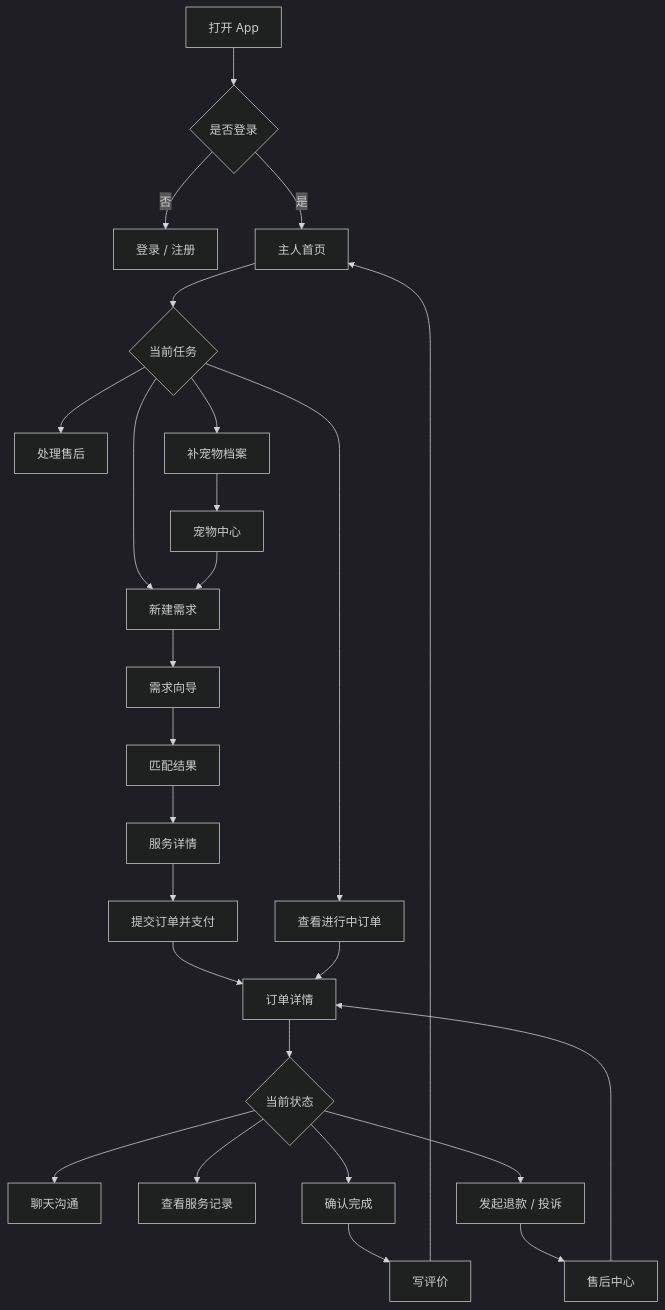
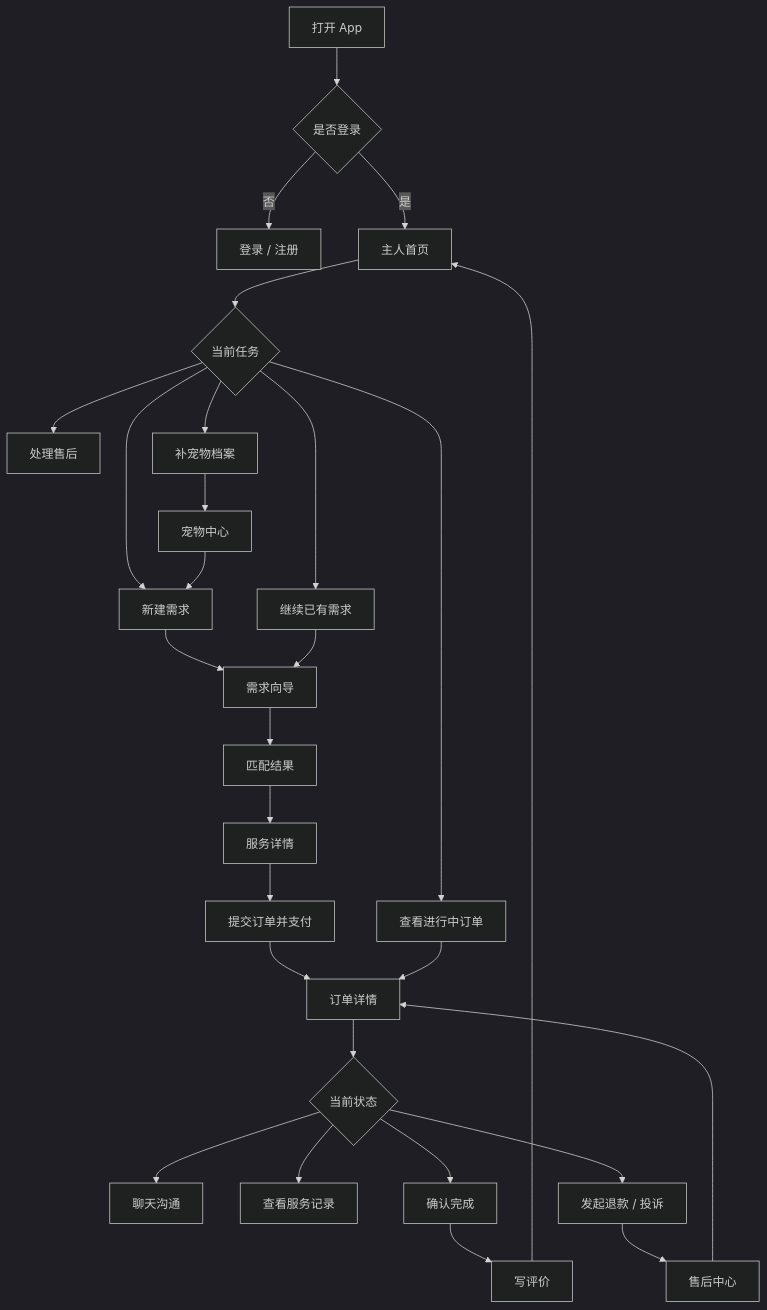
One commit to pqcqaq/PetPal changed the first of 7 diagrams in apps/docs/project/PetPal-Frontend-Blueprint.md. Above: the diagram before and after it, drawn with Mermaid (dark theme). The commit also changed other lines of this file and 26 other files, not shown here.

Commit message:
feat(p3-m1): close owner checkout recovery flow (slice 103)

````diff
--- a/apps/docs/project/PetPal-Frontend-Blueprint.md
+++ b/apps/docs/project/PetPal-Frontend-Blueprint.md
@@ -86,28 +86,30 @@
 ```mermaid
 flowchart TD
     A[打开 App] --> B{是否登录}
     B -- 否 --> C[登录 / 注册]
     B -- 是 --> D[主人首页]
     D --> E{当前任务}
     E --> F[新建需求]
     E --> G[查看进行中订单]
     E --> H[处理售后]
     E --> I[补宠物档案]
+    E --> W[继续已有需求]
     I --> J[宠物中心]
     J --> F
     F --> K[需求向导]
+    W --> K
     K --> L[匹配结果]
     L --> M[服务详情]
     M --> N[提交订单并支付]
     N --> O[订单详情]
     G --> O
     O --> P{当前状态}
     P --> Q[聊天沟通]
     P --> R[查看服务记录]
     P --> S[确认完成]
     P --> T[发起退款 / 投诉]
     S --> U[写评价]
     T --> V[售后中心]
     U --> D
     V --> O
 ```
````
